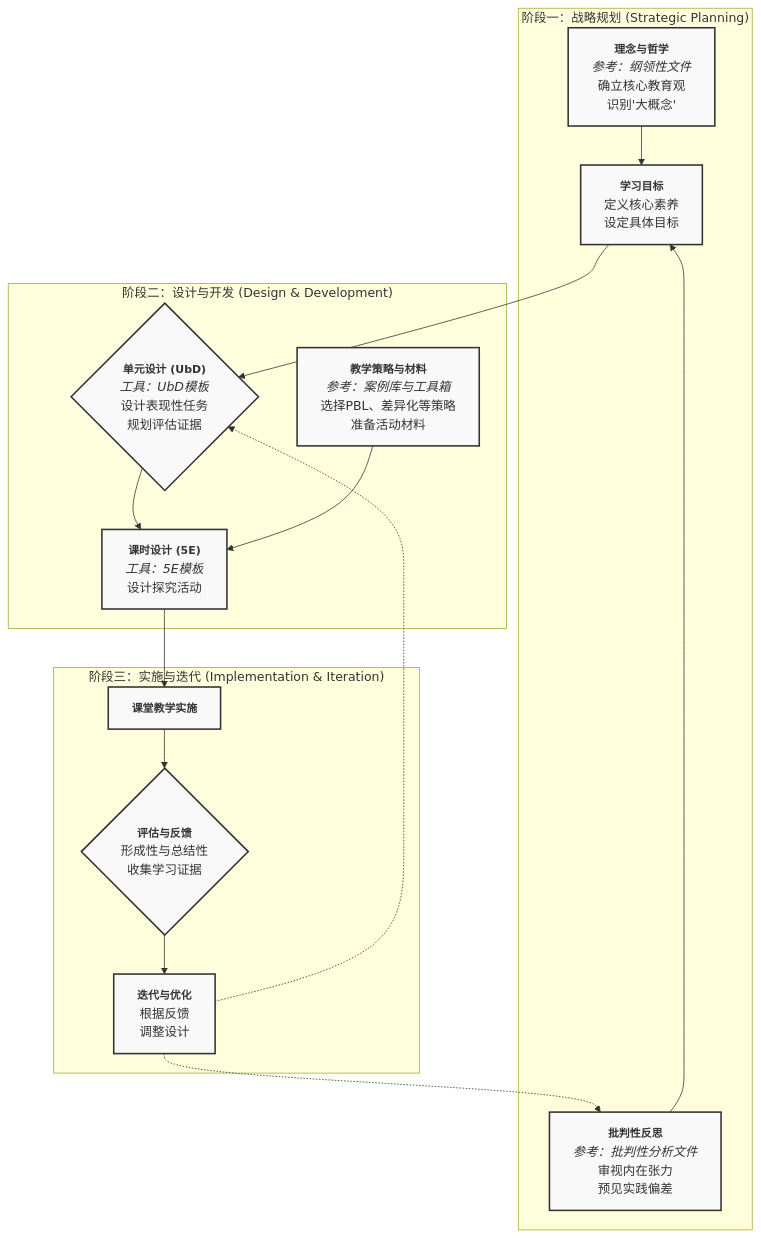
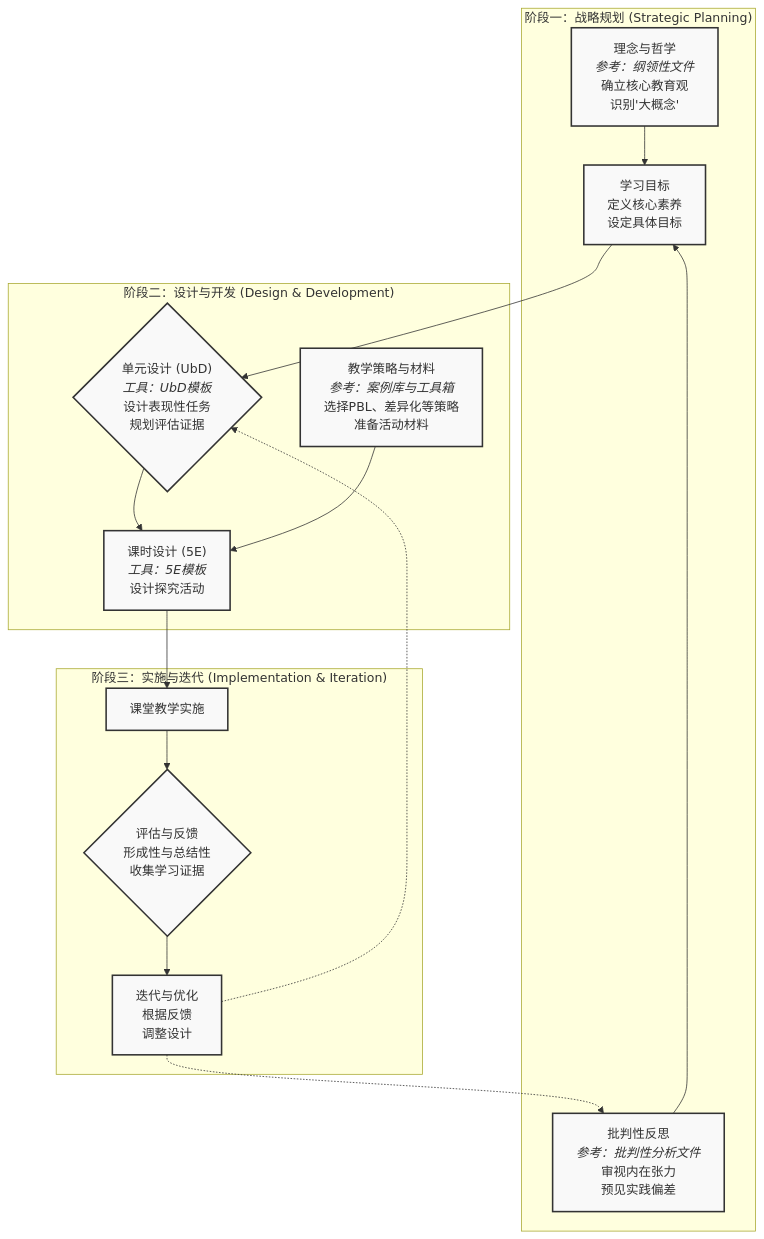
The diagram in 02-数学教育体系/02-02-数学课程设计-知识图谱.md (adaliu888/PrimarySecondaryEducatio), drawn with Mermaid before and after one commit. The commit also changed other lines of this file and 45 other files, not shown here.

````diff
--- a/02-数学教育体系/02-02-数学课程设计-知识图谱.md
+++ b/02-数学教育体系/02-02-数学课程设计-知识图谱.md
@@ -3,36 +3,36 @@
 ```mermaid
 graph TD
     subgraph "阶段一：战略规划 (Strategic Planning)"
-        A["<b style='font-size:14px'>理念与哲学</b><br/><i>参考：纲领性文件</i><br/>确立核心教育观<br/>识别'大概念'"]
-        B["<b style='font-size:14px'>学习目标</b><br/>定义核心素养<br/>设定具体目标"]
-        C["<b style='font-size:14px'>批判性反思</b><br/><i>参考：批判性分析文件</i><br/>审视内在张力<br/>预见实践偏差"]
+        A["理念与哲学<br/><i>参考：纲领性文件</i><br/>确立核心教育观<br/>识别'大概念'"]
+        B["学习目标<br/>定义核心素养<br/>设定具体目标"]
+        C["批判性反思<br/><i>参考：批判性分析文件</i><br/>审视内在张力<br/>预见实践偏差"]
     end
 
     subgraph "阶段二：设计与开发 (Design & Development)"
-        D{"<b style='font-size:14px'>单元设计 (UbD)</b><br/><i>工具：UbD模板</i><br/>设计表现性任务<br/>规划评估证据"}
-        E["<b style='font-size:14px'>课时设计 (5E)</b><br/><i>工具：5E模板</i><br/>设计探究活动"]
-        F["<b style='font-size:14px'>教学策略与材料</b><br/><i>参考：案例库与工具箱</i><br/>选择PBL、差异化等策略<br/>准备活动材料"]
+        D{"单元设计 (UbD)<br/><i>工具：UbD模板</i><br/>设计表现性任务<br/>规划评估证据"}
+        E["课时设计 (5E)<br/><i>工具：5E模板</i><br/>设计探究活动"]
+        F["教学策略与材料<br/><i>参考：案例库与工具箱</i><br/>选择PBL、差异化等策略<br/>准备活动材料"]
     end
 
     subgraph "阶段三：实施与迭代 (Implementation & Iteration)"
-        G["<b style='font-size:14px'>课堂教学实施</b>"]
-        H{"<b style='font-size:14px'>评估与反馈</b><br/>形成性与总结性<br/>收集学习证据"}
-        I["<b style='font-size:14px'>迭代与优化</b><br/>根据反馈<br/>调整设计"]
+        G["课堂教学实施"]
+        H{"评估与反馈<br/>形成性与总结性<br/>收集学习证据"}
+        I["迭代与优化<br/>根据反馈<br/>调整设计"]
     end
 
     %% 定义流程关系
     A --> B
     C --> B
     B --> D
     D --> E
     F --> E
     E --> G
     G --> H
     H --> I
     I -.-> C
     I -.-> D
 
     %% 样式定义
     classDef stage fill:#f9f9f9,stroke:#333,stroke-width:2px;
     class A,B,C,D,E,F,G,H,I stage;
 ```
````
